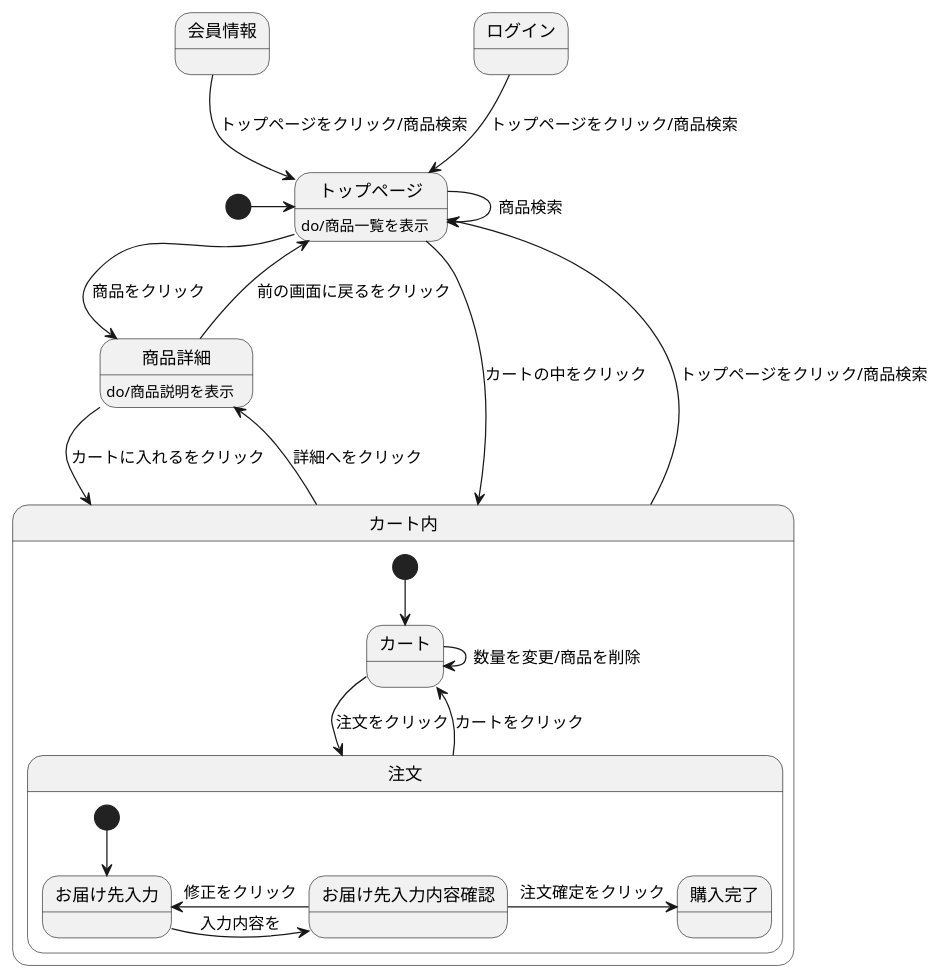
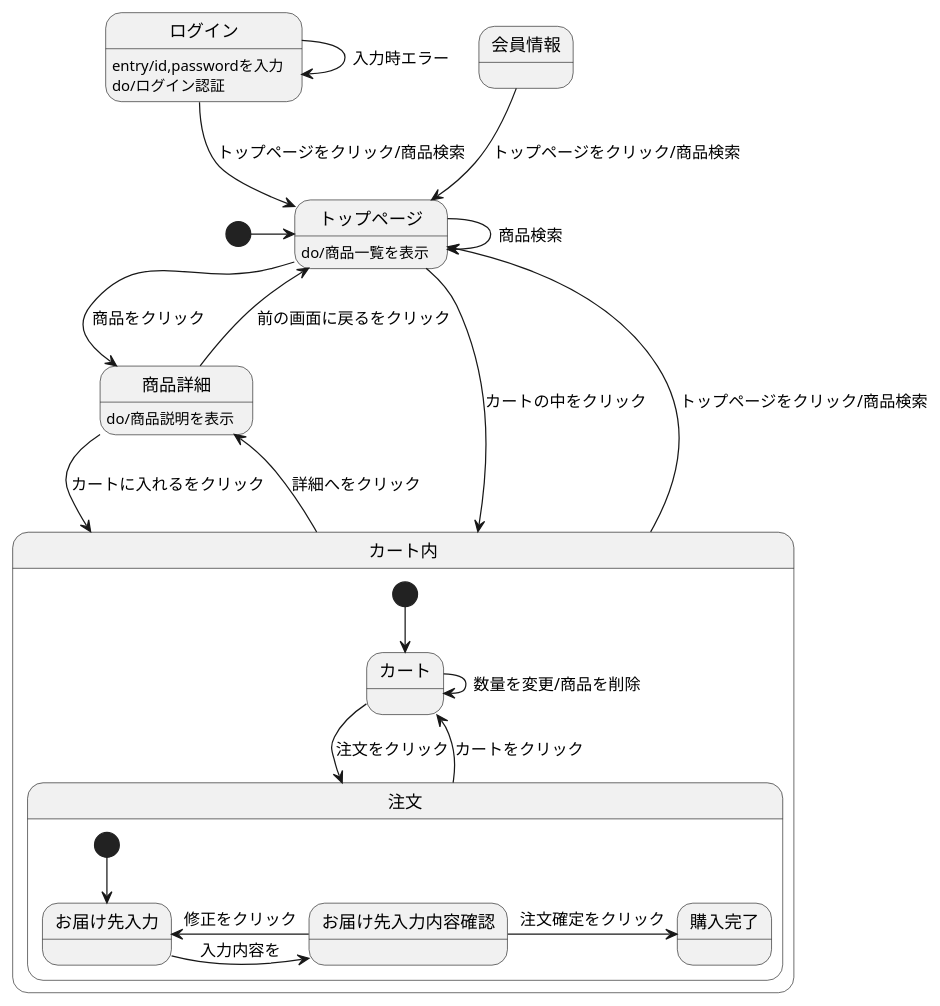
Before and after one commit to Aso2001195/2021sys-design: the diagram in kadai7.md, drawn with PlantUML.

````diff
--- a/kadai7.md
+++ b/kadai7.md
@@ -1,29 +1,32 @@
 ```uml
 @startuml
 [*] -> トップページ
 会員情報 --> トップページ :トップページをクリック/商品検索
 ログイン --> トップページ :トップページをクリック/商品検索
+ログイン :entry/id,passwordを入力
+ログイン :do/ログイン認証
+ログイン -> ログイン :入力時エラー
 トップページ -> トップページ :商品検索
 トップページ -> 商品詳細 :商品をクリック
 トップページ -> カート内 :カートの中をクリック
 トップページ : do/商品一覧を表示
 商品詳細 --> カート内 :カートに入れるをクリック
 商品詳細 --> トップページ :前の画面に戻るをクリック
 商品詳細 :do/商品説明を表示
 カート内 -up-> トップページ :トップページをクリック/商品検索
 カート内 ->商品詳細 :詳細へをクリック
 
 state カート内{
 [*] --> カート
 カート -> 注文 :注文をクリック
 カート -> カート :数量を変更/商品を削除
 注文 --> カート :カートをクリック
 state 注文{
  [*] --> お届け先入力
  お届け先入力 -> お届け先入力内容確認 :入力内容を
  お届け先入力内容確認 -> お届け先入力 :修正をクリック
  お届け先入力内容確認 -> 購入完了 :注文確定をクリック
  }
 }
 @enduml
 ```
````
